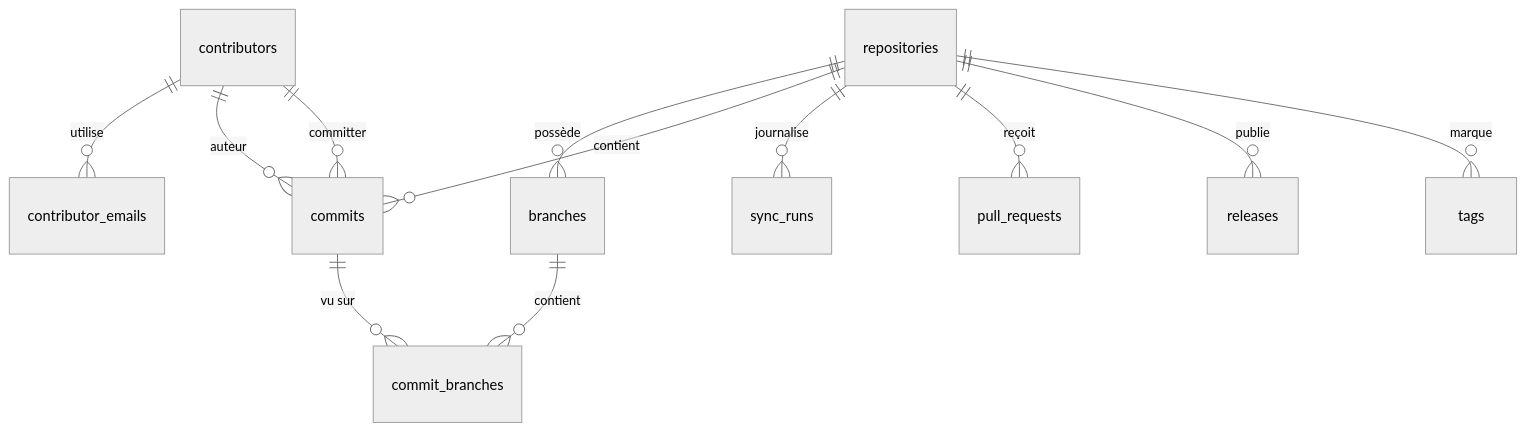
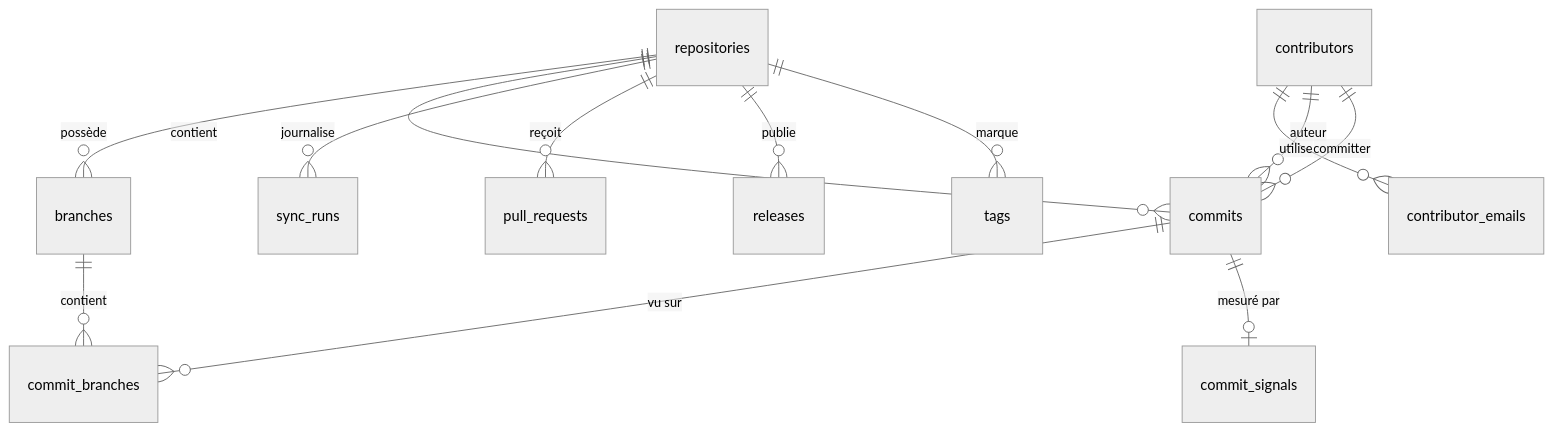
The diagram in documentation/fr/04-modele-donnees.md (studoo-app/watchoo), drawn with Mermaid (neutral theme) before and after one commit. The commit also changed other lines of this file and 46 other files, not shown here.

````diff
--- a/documentation/fr/04-modele-donnees.md
+++ b/documentation/fr/04-modele-donnees.md
@@ -16,14 +18,15 @@
 ```mermaid
 erDiagram
     repositories ||--o{ branches : "possède"
     repositories ||--o{ commits : "contient"
     repositories ||--o{ sync_runs : "journalise"
     repositories ||--o{ pull_requests : "reçoit"
     repositories ||--o{ releases : "publie"
     repositories ||--o{ tags : "marque"
     commits ||--o{ commit_branches : "vu sur"
+    commits ||--o| commit_signals : "mesuré par"
     branches ||--o{ commit_branches : "contient"
     contributors ||--o{ contributor_emails : "utilise"
     contributors ||--o{ commits : "auteur"
     contributors ||--o{ commits : "committer"
 ```
````
